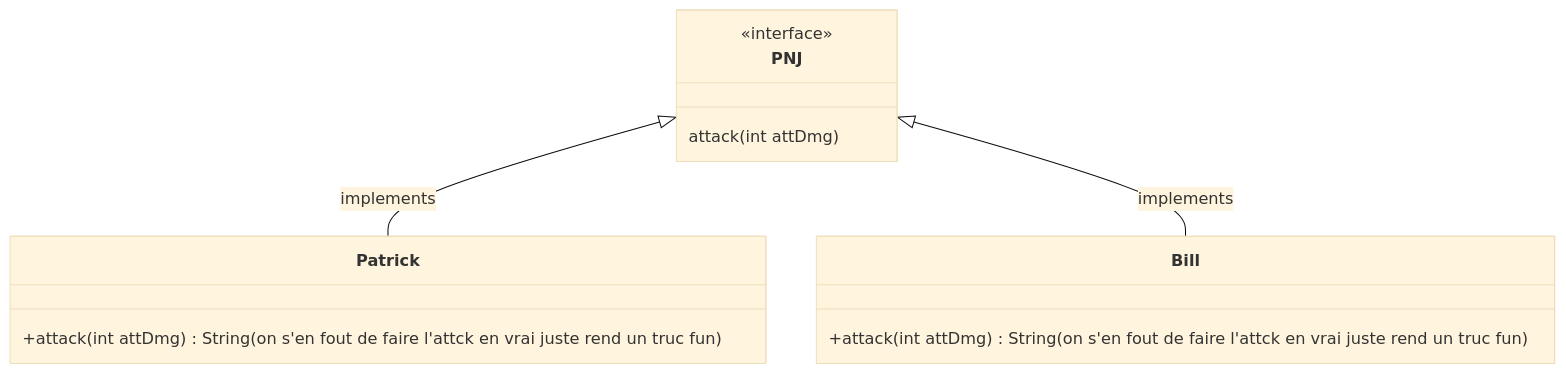
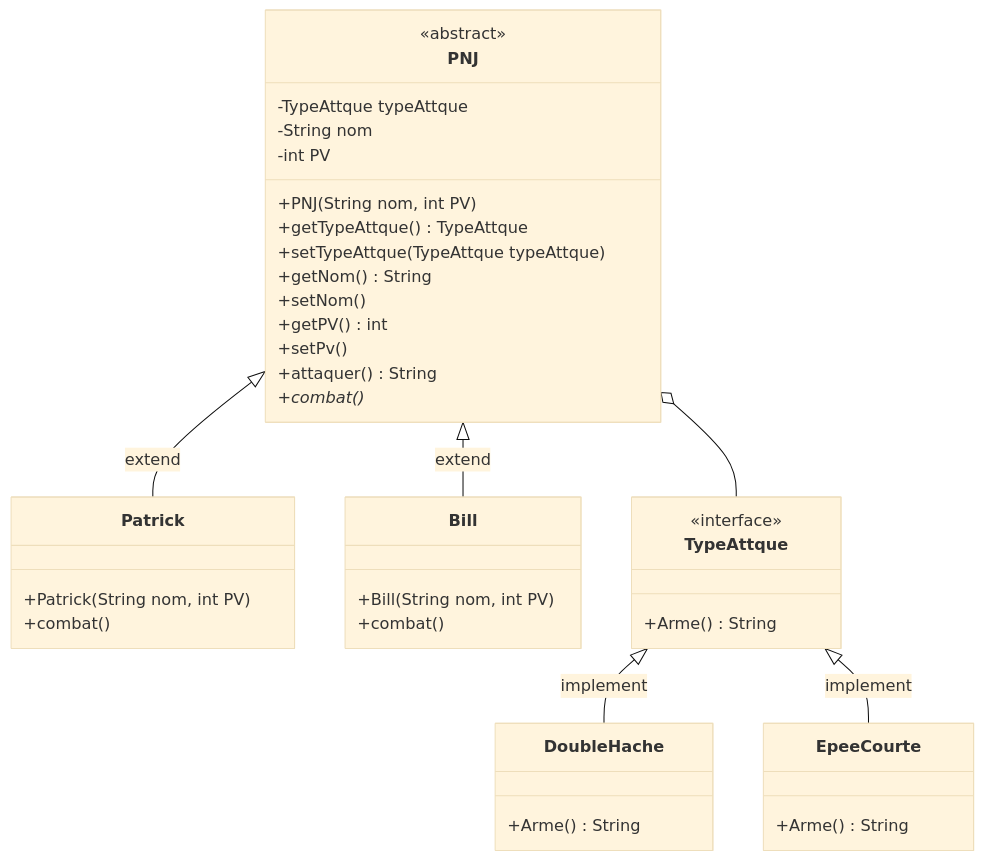
Before and after one commit to CRESPIN-Alexandre-2225022aa/Wiki: the third of 3 diagrams in README.md, drawn with Mermaid (base theme).

````diff
--- a/README.md
+++ b/README.md
@@ -48,15 +48,41 @@
 ```mermaid
 classDiagram
   class PNJ{
-    <<interface>>
-    attack(int attDmg)
+    <<abstract>>
+    -TypeAttque typeAttque
+    -String nom
+    -int PV
+    +PNJ(String nom, int PV)
+    +getTypeAttque() TypeAttque
+    +setTypeAttque(TypeAttque typeAttque)
+    +getNom() String
+    +setNom()
+    +getPV() int
+    +setPv()
+    +attaquer() String
+    +combat()*
   }
   class Patrick{
-    +attack(int attDmg) : String (on s'en fout de faire l'attck en vrai juste rend un truc fun)
+    +Patrick(String nom, int PV)
+    +combat()
   }
   class Bill{
-    +attack(int attDmg) : String (on s'en fout de faire l'attck en vrai juste rend un truc fun)
+    +Bill(String nom, int PV)
+    +combat()
   }
-  PNJ <|-- Patrick : implements
-  PNJ <|-- Bill : implements
+  class TypeAttque{
+    <<interface>>
+    +Arme() String
+  }
+  class DoubleHache{
+    +Arme() String
+  }
+  class EpeeCourte{
+    +Arme() String
+  }
+  PNJ <|-- Patrick : extend
+  PNJ <|-- Bill : extend
+  TypeAttque <|-- DoubleHache : implement
+  TypeAttque <|-- EpeeCourte : implement
+  PNJ o-- TypeAttque
 ```
````
